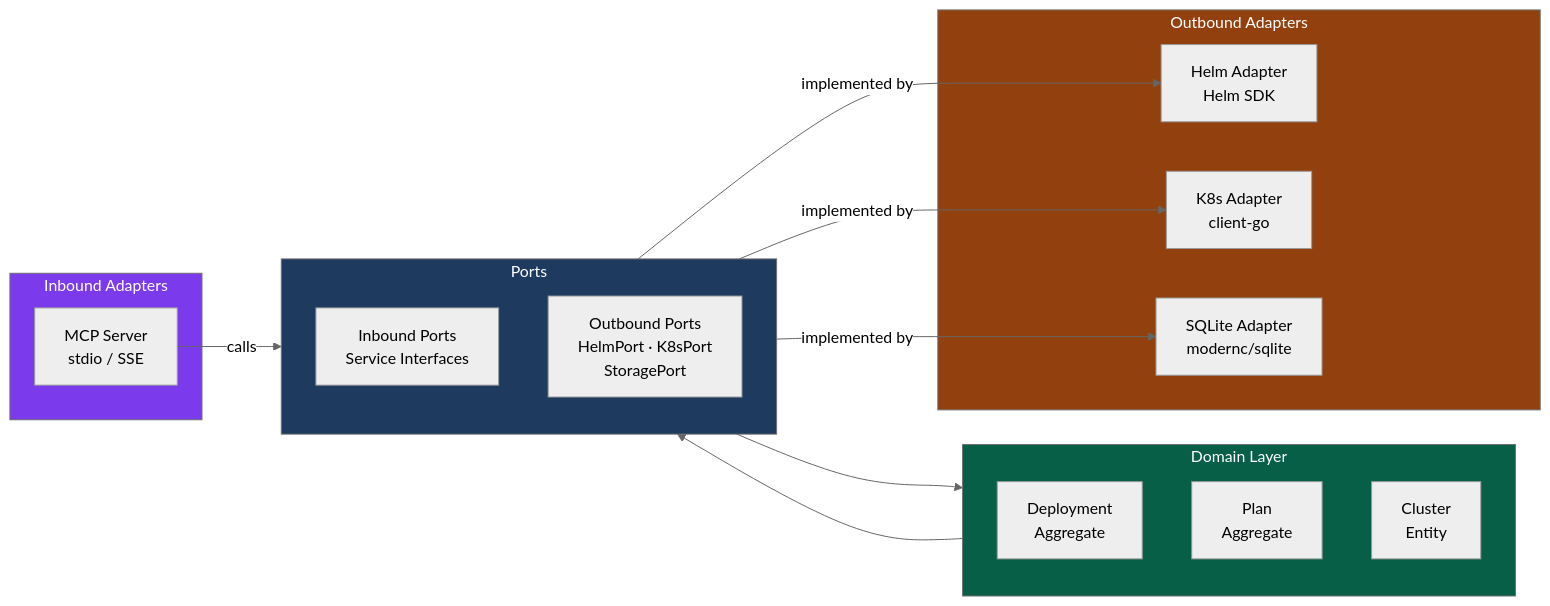
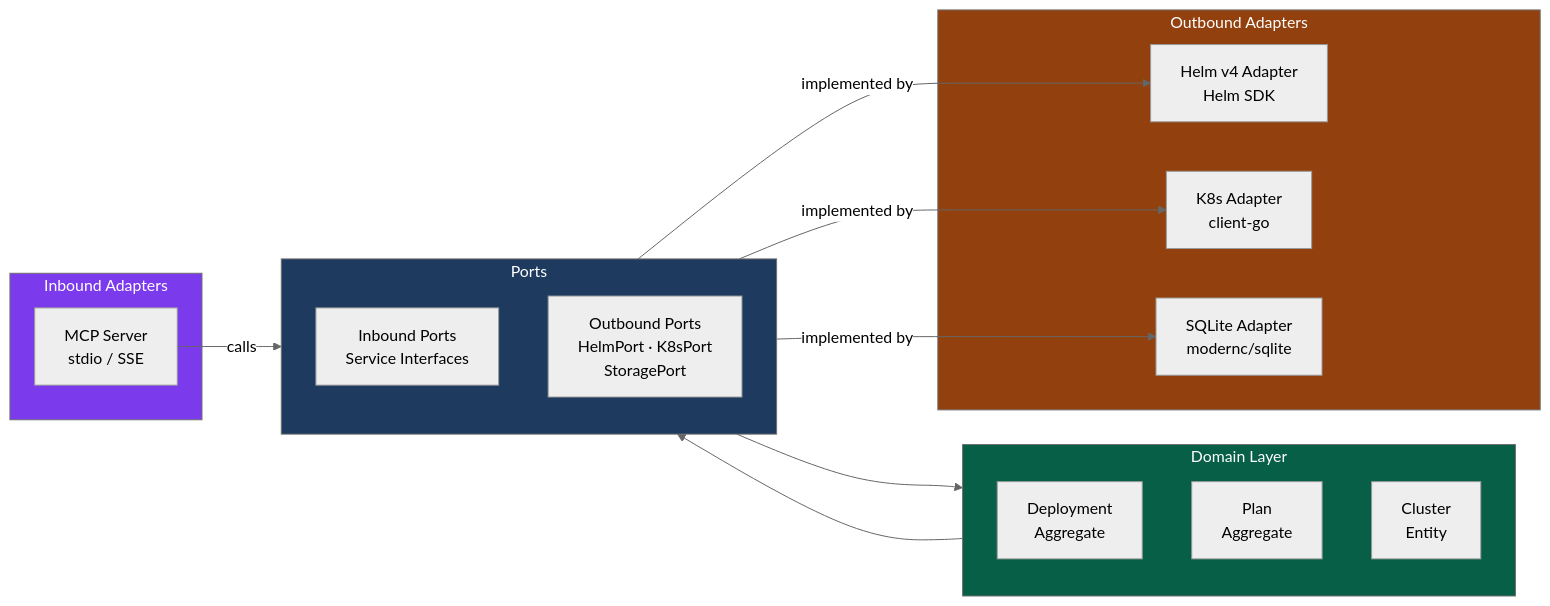
One commit to vinaycharlie01/sh-mcp-go changed the second of 6 diagrams in README.md. Above: the diagram before and after it, drawn with Mermaid (neutral theme). The commit also changed other lines of this file, not shown here.

First line of the commit message:
docs: update README for Helm SDK v4 and 55 MCP tools

````diff
--- a/README.md
+++ b/README.md
@@ -112,36 +113,36 @@
 ```mermaid
 flowchart LR
     subgraph Domain["Domain Layer"]
         DE[Deployment\nAggregate]
         PL[Plan\nAggregate]
         CL[Cluster\nEntity]
     end
 
     subgraph Ports["Ports"]
         direction TB
         IP[Inbound Ports\nService Interfaces]
         OP[Outbound Ports\nHelmPort · K8sPort\nStoragePort]
     end
 
     subgraph InAdapters["Inbound Adapters"]
         MCP[MCP Server\nstdio / SSE]
     end
 
     subgraph OutAdapters["Outbound Adapters"]
-        HA[Helm Adapter\nHelm SDK]
+        HA[Helm v4 Adapter\nHelm SDK]
         KA[K8s Adapter\nclient-go]
         SA[SQLite Adapter\nmodernc/sqlite]
     end
 
     MCP -->|calls| IP
     IP --> Domain
     Domain --> OP
     OP -->|implemented by| HA
     OP -->|implemented by| KA
     OP -->|implemented by| SA
 
     style Domain fill:#065F46,color:#fff
     style Ports fill:#1E3A5F,color:#fff
     style InAdapters fill:#7C3AED,color:#fff
     style OutAdapters fill:#92400E,color:#fff
 ```
````
